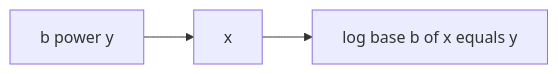
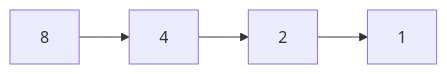
One commit to mthaiseer/springcloud-systemdesign-notes changed the sixth of 14 diagrams in CP_DSA_NOTES/000_MATH/001_cp_maths_basics.md. Above: the diagram before and after it, drawn with Mermaid. The commit also changed other lines of this file and 1 other file, not shown here.

````diff
--- a/CP_DSA_NOTES/000_MATH/001_cp_maths_basics.md
+++ b/CP_DSA_NOTES/000_MATH/001_cp_maths_basics.md
@@ -180,5 +255,6 @@
 ```mermaid
 flowchart LR
-    A[b power y] --> B[x]
-    B --> C[log base b of x equals y]
+    A[8] --> B[4]
+    B --> C[2]
+    C --> D[1]
 ```
````
